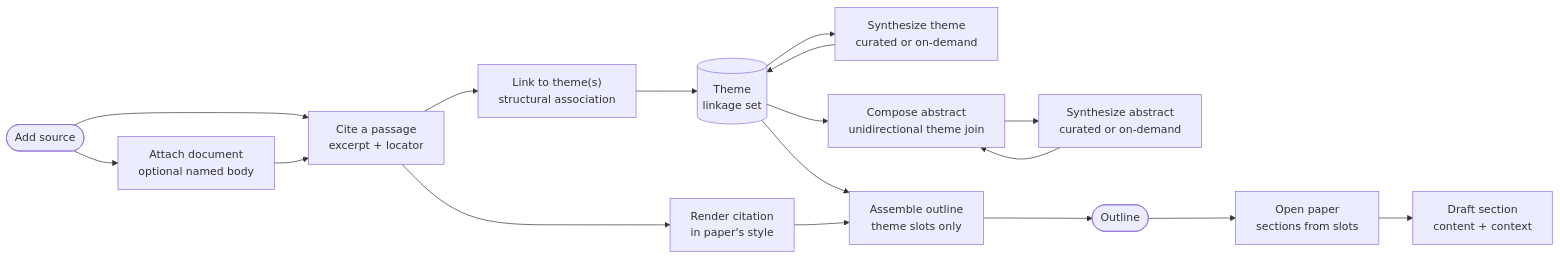
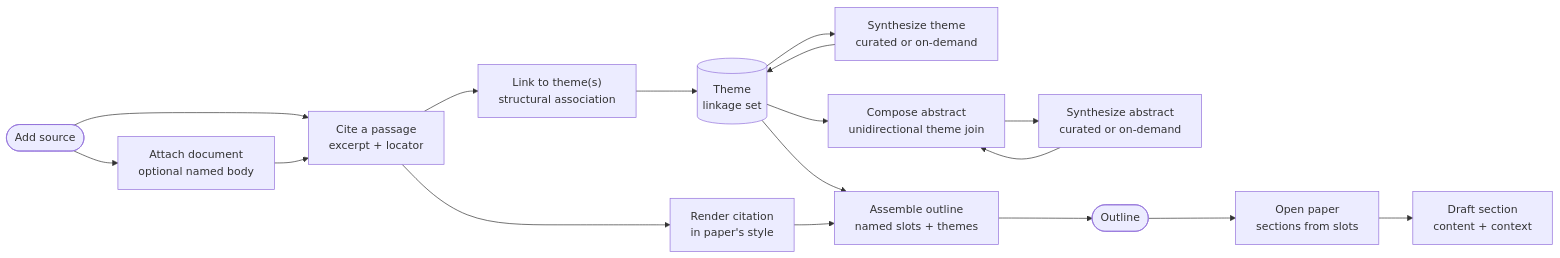
The diagram in docs/core-domain-distillation.md (Ashatz/tiferet-lit-review), drawn with Mermaid before and after one commit. The commit also changed other lines of this file and 12 other files, not shown here.

````diff
--- a/docs/core-domain-distillation.md
+++ b/docs/core-domain-distillation.md
@@ -433,19 +463,19 @@
 ```mermaid
 flowchart LR
   SRC([Add source]) --> ATT["Attach document<br/>optional named body"]
   SRC --> CITE["Cite a passage<br/>excerpt + locator"]
   ATT --> CITE
   CITE --> LINK["Link to theme(s)<br/>structural association"]
   LINK --> THEME[("Theme<br/>linkage set")]
   THEME --> SYNTH["Synthesize theme<br/>curated or on-demand"]
   SYNTH --> THEME
   THEME --> ABS["Compose abstract<br/>unidirectional theme join"]
   ABS --> ABSYN["Synthesize abstract<br/>curated or on-demand"]
   ABSYN --> ABS
-  THEME --> ASM["Assemble outline<br/>theme slots only"]
+  THEME --> ASM["Assemble outline<br/>named slots + themes"]
   CITE --> REND["Render citation<br/>in paper's style"]
   REND --> ASM
   ASM --> OUT([Outline])
   OUT --> PAP["Open paper<br/>sections from slots"]
   PAP --> DRAFT["Draft section<br/>content + context"]
 ```
````
